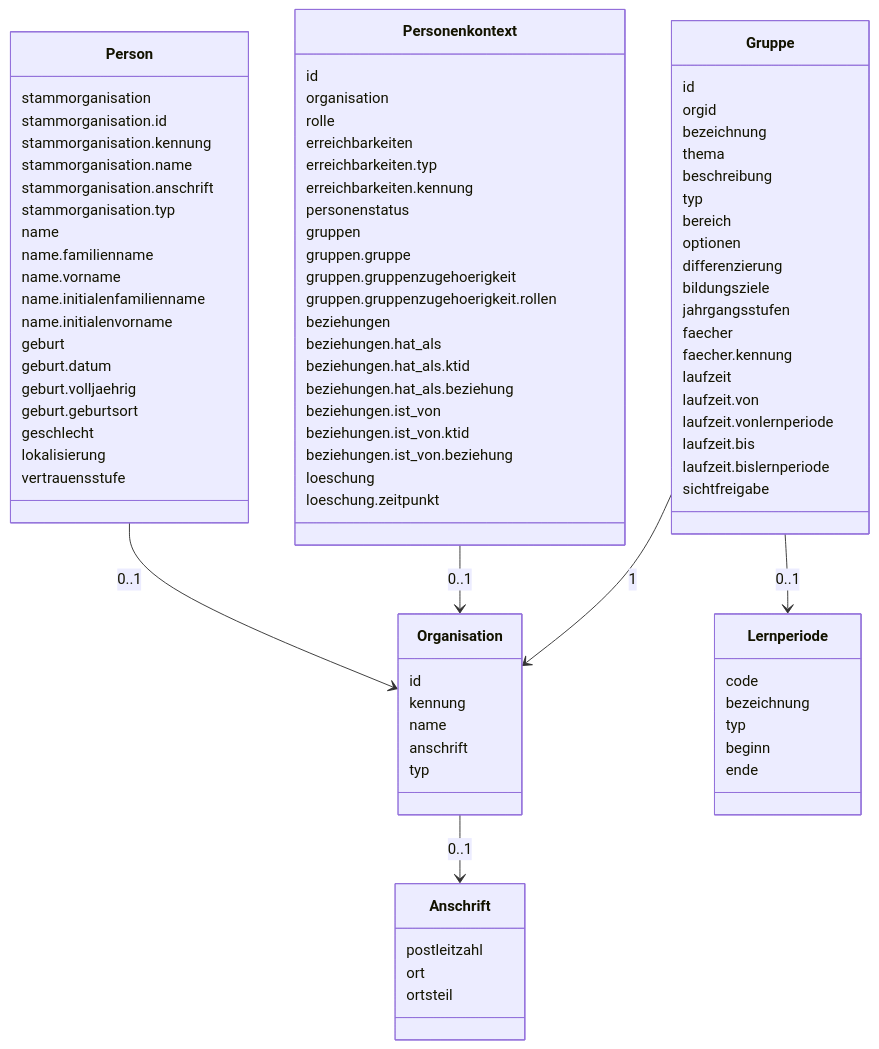
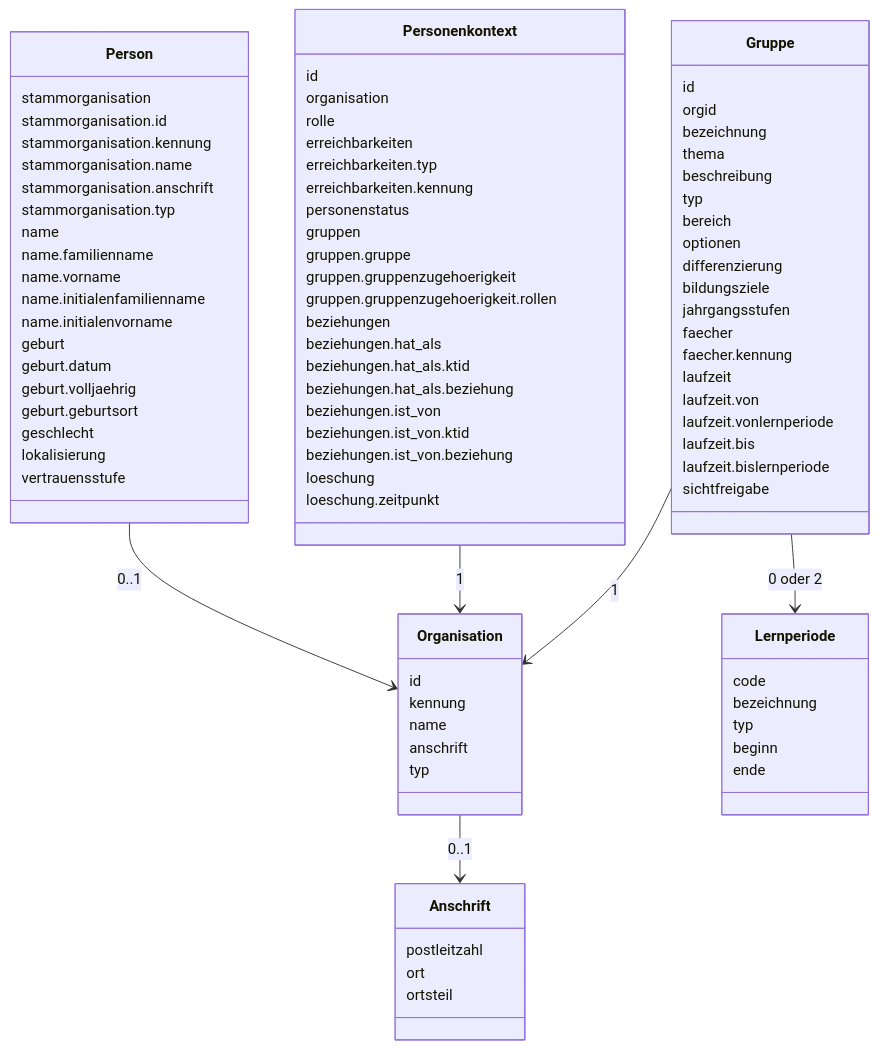
One commit to Schulconnex/Schulconnex changed the diagram in docs/angepasstes-datenmodell/angepasstes-datenmodell.md. Above: the diagram before and after it, drawn with Mermaid.

Commit message:
Passe Kardinalität an als Referenz auf Klassenbezug, statt Attr

````diff
--- a/docs/angepasstes-datenmodell/angepasstes-datenmodell.md
+++ b/docs/angepasstes-datenmodell/angepasstes-datenmodell.md
@@ -29,10 +29,10 @@
 ```mermaid
 classDiagram
   Person --> Organisation : 0..1
-  Personenkontext --> Organisation : 0..1
+  Personenkontext --> Organisation : 1
   Organisation --> Anschrift : 0..1
   Gruppe --> Organisation : 1
-  Gruppe --> Lernperiode : 0..1
+  Gruppe --> Lernperiode : 0 oder 2
   class Person {
     stammorganisation
     stammorganisation.id
````
